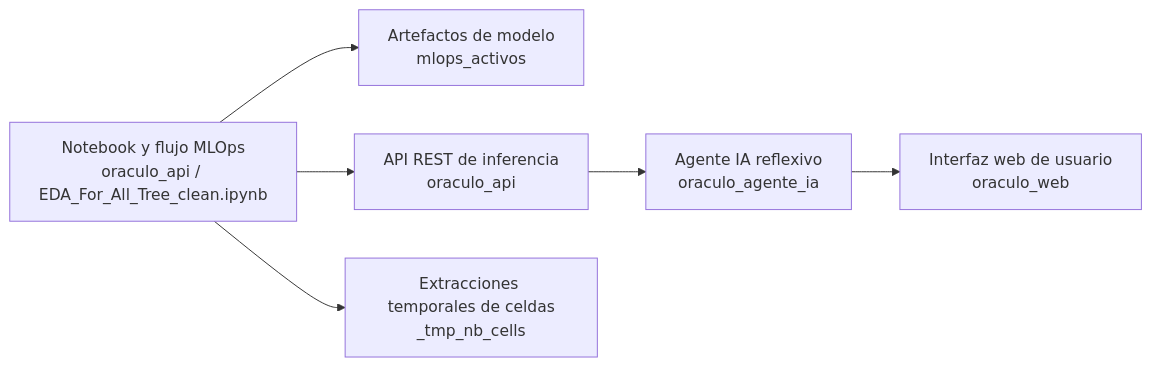
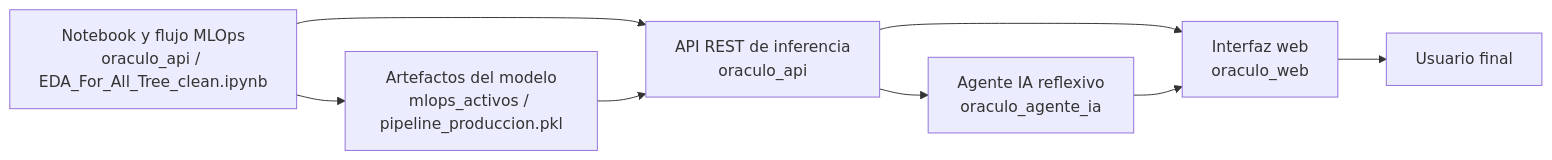
The first of 2 diagrams in README.md (DiiegoA/Proyecto_modelo_IA), drawn with Mermaid before and after one commit. The commit also changed other lines of this file, not shown here.

````diff
--- a/README.md
+++ b/README.md
@@ -19,8 +41,17 @@
 ```mermaid
 flowchart LR
-    A["Notebook y flujo MLOps<br/>oraculo_api / EDA_For_All_Tree_clean.ipynb"] --> B["Artefactos de modelo<br/>mlops_activos"]
-    A --> C["API REST de inferencia<br/>oraculo_api"]
-    C --> D["Agente IA reflexivo<br/>oraculo_agente_ia"]
-    D --> E["Interfaz web de usuario<br/>oraculo_web"]
-    A --> F["Extracciones temporales de celdas<br/>_tmp_nb_cells"]
+    A["Notebook y flujo MLOps<br/>oraculo_api / EDA_For_All_Tree_clean.ipynb"]
+    B["Artefactos del modelo<br/>mlops_activos / pipeline_produccion.pkl"]
+    C["API REST de inferencia<br/>oraculo_api"]
+    D["Agente IA reflexivo<br/>oraculo_agente_ia"]
+    E["Interfaz web<br/>oraculo_web"]
+    F["Usuario final"]
+
+    A --> B
+    A --> C
+    B --> C
+    C --> D
+    C --> E
+    D --> E
+    E --> F
 ```
````
